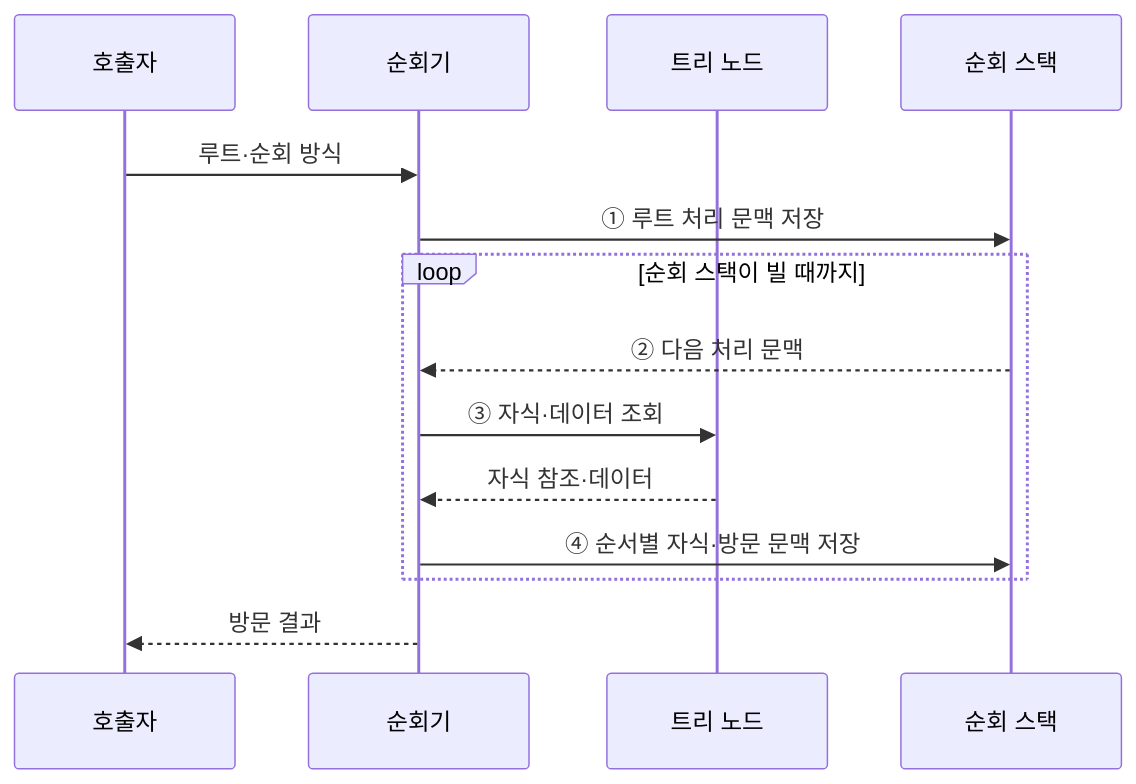
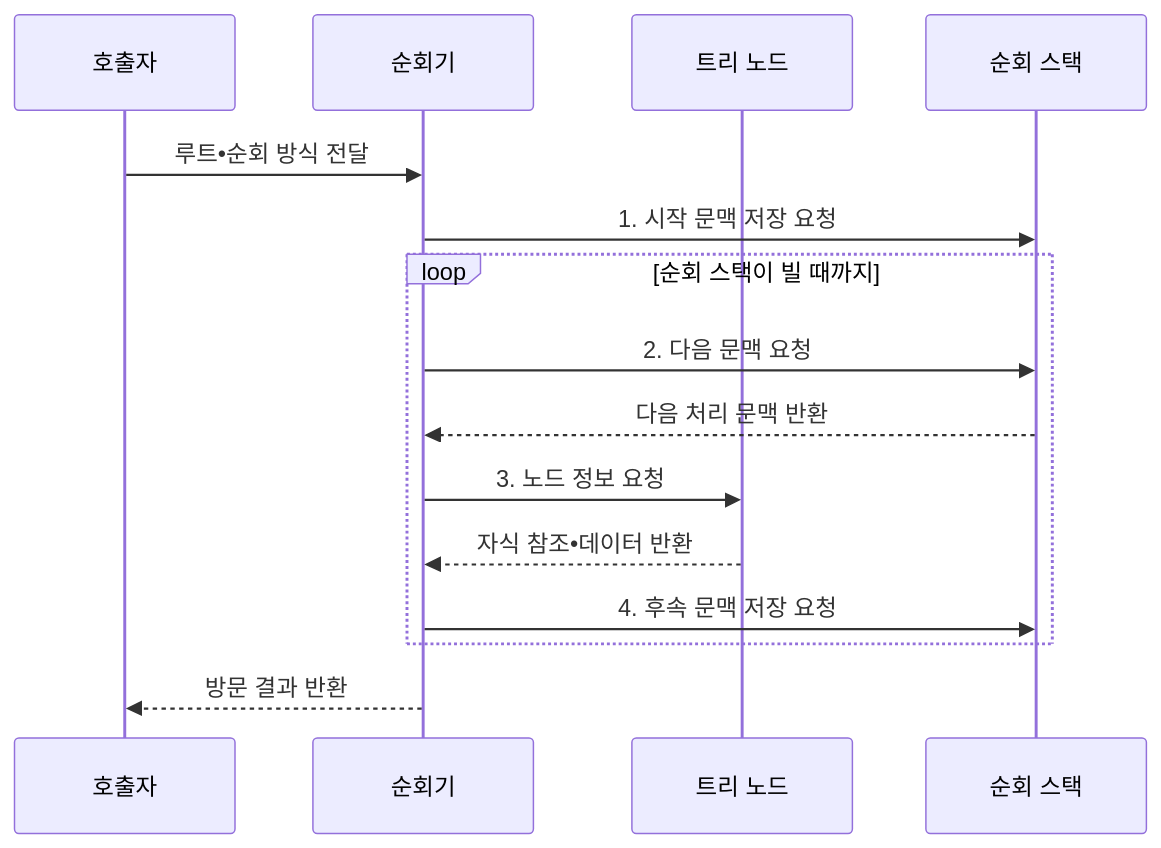
One commit to agnusdei1207/knowledge-base changed the third of 4 diagrams in src/content/docs/notes/01-basic-theory/009_binary_tree_traversal.md. Above: the diagram before and after it, drawn with Mermaid. The commit also changed other lines of this file and 20 other files, not shown here.

````diff
--- a/src/content/docs/notes/01-basic-theory/009_binary_tree_traversal.md
+++ b/src/content/docs/notes/01-basic-theory/009_binary_tree_traversal.md
@@ -96,16 +99,17 @@
 ```mermaid
 sequenceDiagram
     participant Q as 호출자
     participant V as 순회기
     participant N as 트리 노드
     participant S as 순회 스택
-    Q->>V: 루트·순회 방식
-    V->>S: ① 루트 처리 문맥 저장
+    Q->>V: 루트•순회 방식 전달
+    V->>S: 1. 시작 문맥 저장 요청
     loop 순회 스택이 빌 때까지
-        S-->>V: ② 다음 처리 문맥
-        V->>N: ③ 자식·데이터 조회
-        N-->>V: 자식 참조·데이터
-        V->>S: ④ 순서별 자식·방문 문맥 저장
+        V->>S: 2. 다음 문맥 요청
+        S-->>V: 다음 처리 문맥 반환
+        V->>N: 3. 노드 정보 요청
+        N-->>V: 자식 참조•데이터 반환
+        V->>S: 4. 후속 문맥 저장 요청
     end
-    V-->>Q: 방문 결과
+    V-->>Q: 방문 결과 반환
 ```
````
